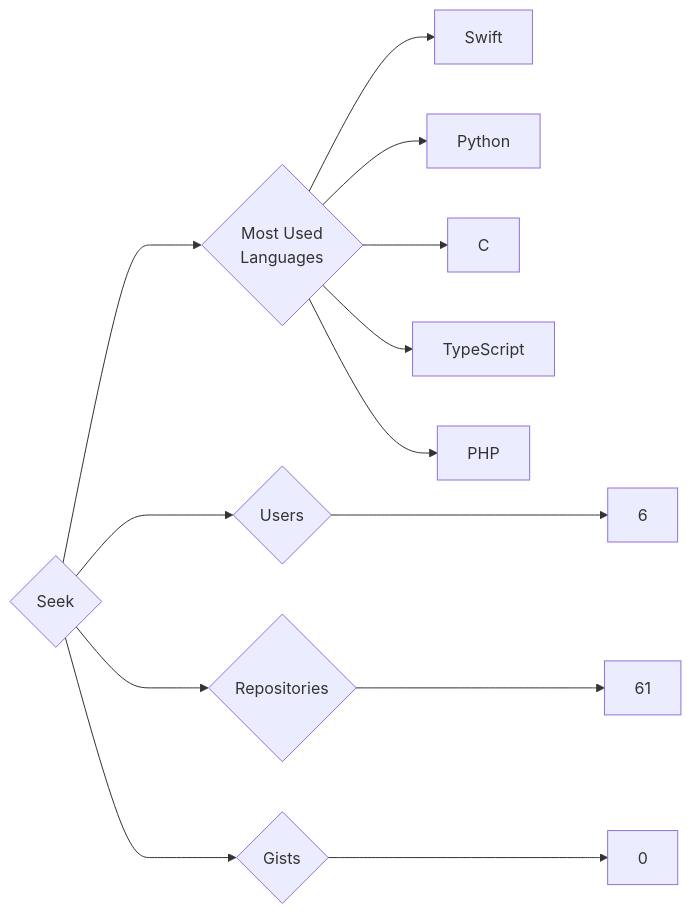
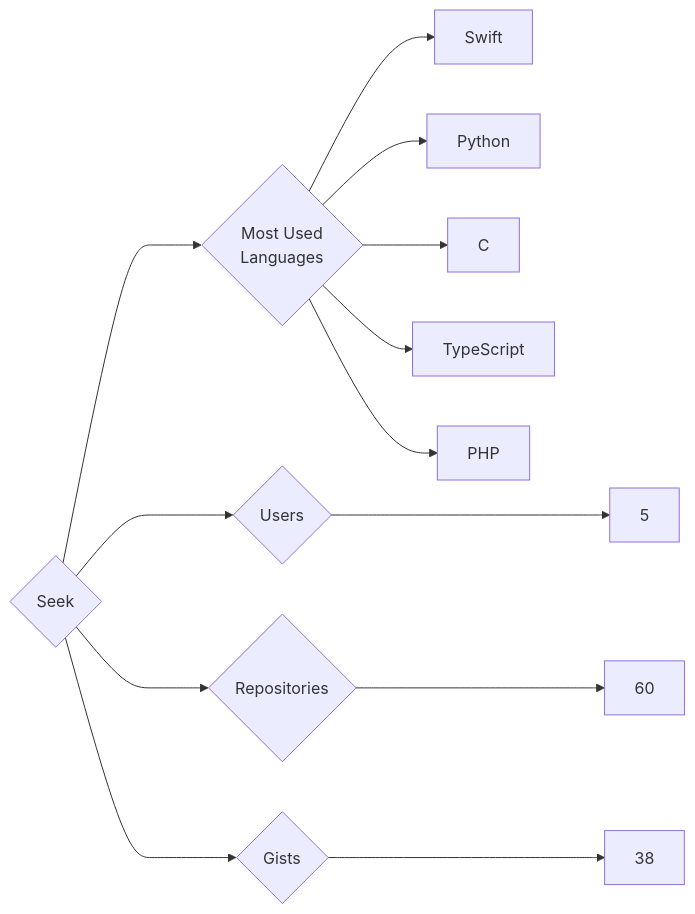
Before and after one commit to trickest/insiders: the diagram in targets/Seek/README.md, drawn with Mermaid. The commit also changed 997 other files, not shown here.

````diff
--- a/targets/Seek/README.md
+++ b/targets/Seek/README.md
@@ -3,13 +3,13 @@
 ```mermaid
 graph LR
 COMPANY_NAME{Seek}
-COMPANY_NAME ---> U{Users} ---> UN[6]
-COMPANY_NAME ---> R{Repositories} ---> RN[61]
-COMPANY_NAME ---> G{Gists} ---> GN[0]
+COMPANY_NAME ---> U{Users} ---> UN[5]
+COMPANY_NAME ---> R{Repositories} ---> RN[60]
+COMPANY_NAME ---> G{Gists} ---> GN[38]
 COMPANY_NAME ---> ML{Most Used<br>Languages}
-ML --> Swift
-ML --> Python
-ML --> C
-ML --> TypeScript
-ML --> PHP
+ML --> Swift[Swift]
+ML --> Python[Python]
+ML --> C[C]
+ML --> TypeScript[TypeScript]
+ML --> PHP[PHP]
 ```
````
